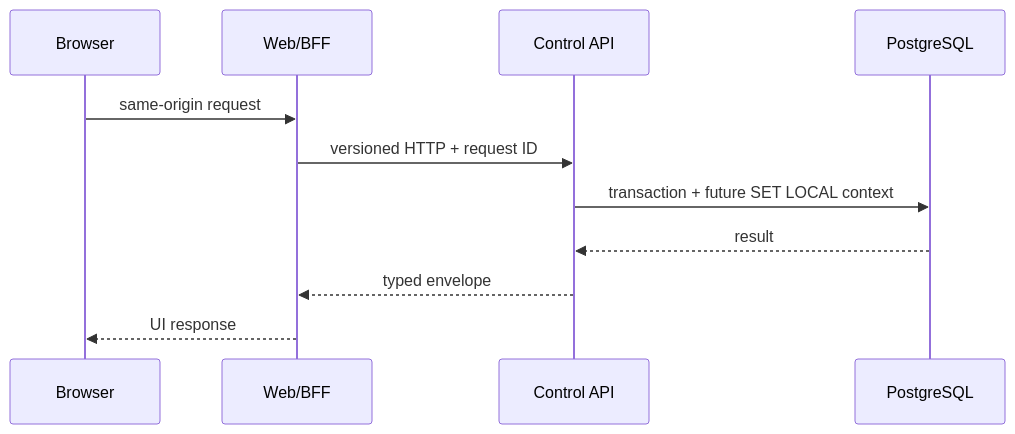
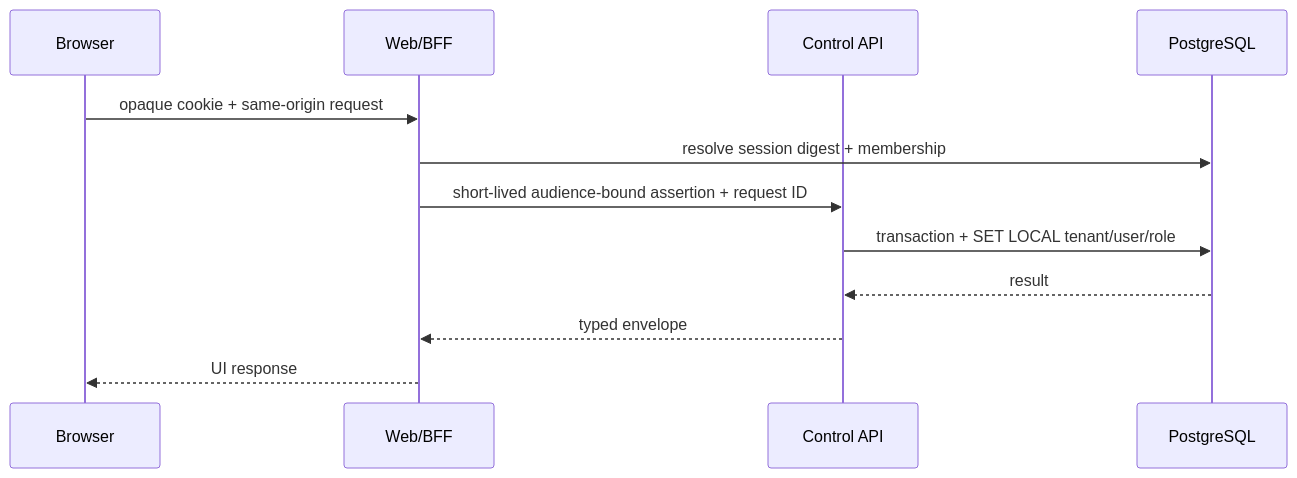
The diagram in docs/architecture/runtime-topology.md (Or-On/OrOn-CRM), drawn with Mermaid before and after one commit. The commit also changed other lines of this file and 4 other files, not shown here.

````diff
--- a/docs/architecture/runtime-topology.md
+++ b/docs/architecture/runtime-topology.md
@@ -51,13 +51,14 @@
 ```mermaid
 sequenceDiagram
   participant U as Browser
   participant W as Web/BFF
   participant C as Control API
   participant D as PostgreSQL
-  U->>W: same-origin request
-  W->>C: versioned HTTP + request ID
-  C->>D: transaction + future SET LOCAL context
+  U->>W: opaque cookie + same-origin request
+  W->>D: resolve session digest + membership
+  W->>C: short-lived audience-bound assertion + request ID
+  C->>D: transaction + SET LOCAL tenant/user/role
   D-->>C: result
   C-->>W: typed envelope
   W-->>U: UI response
 ```
````
